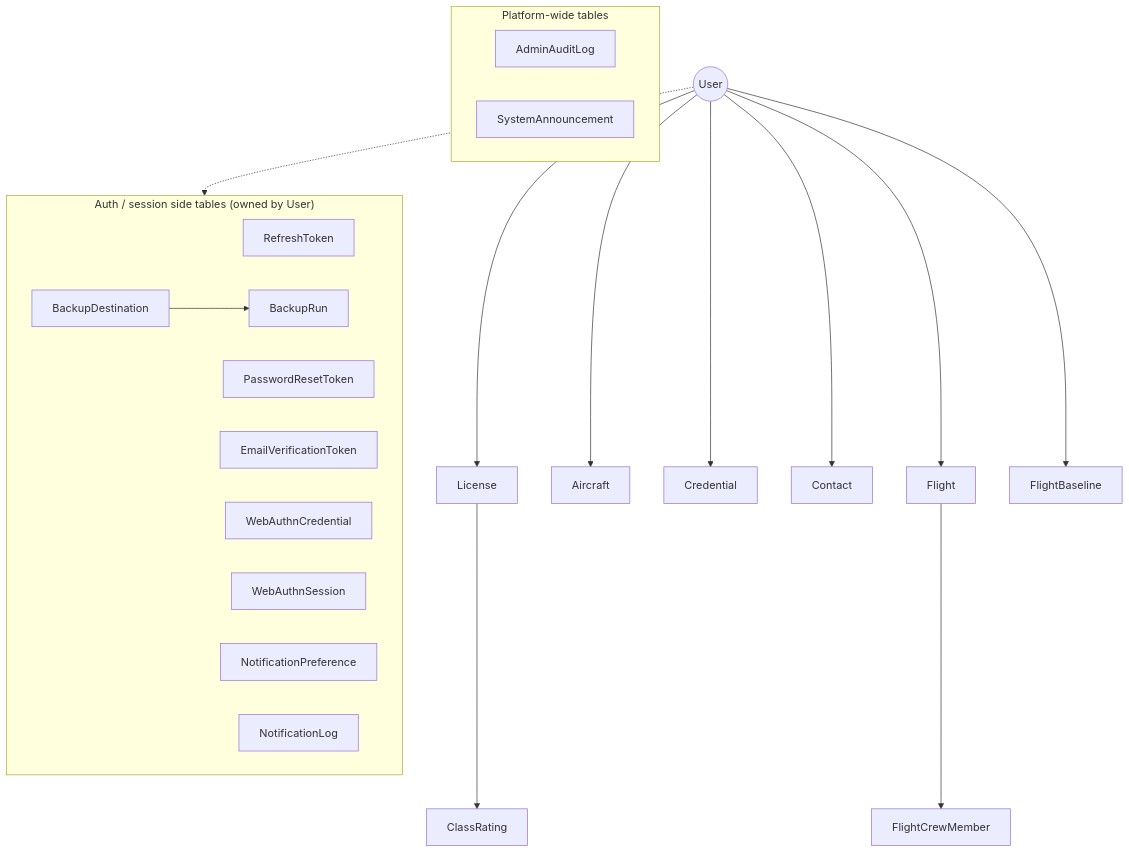
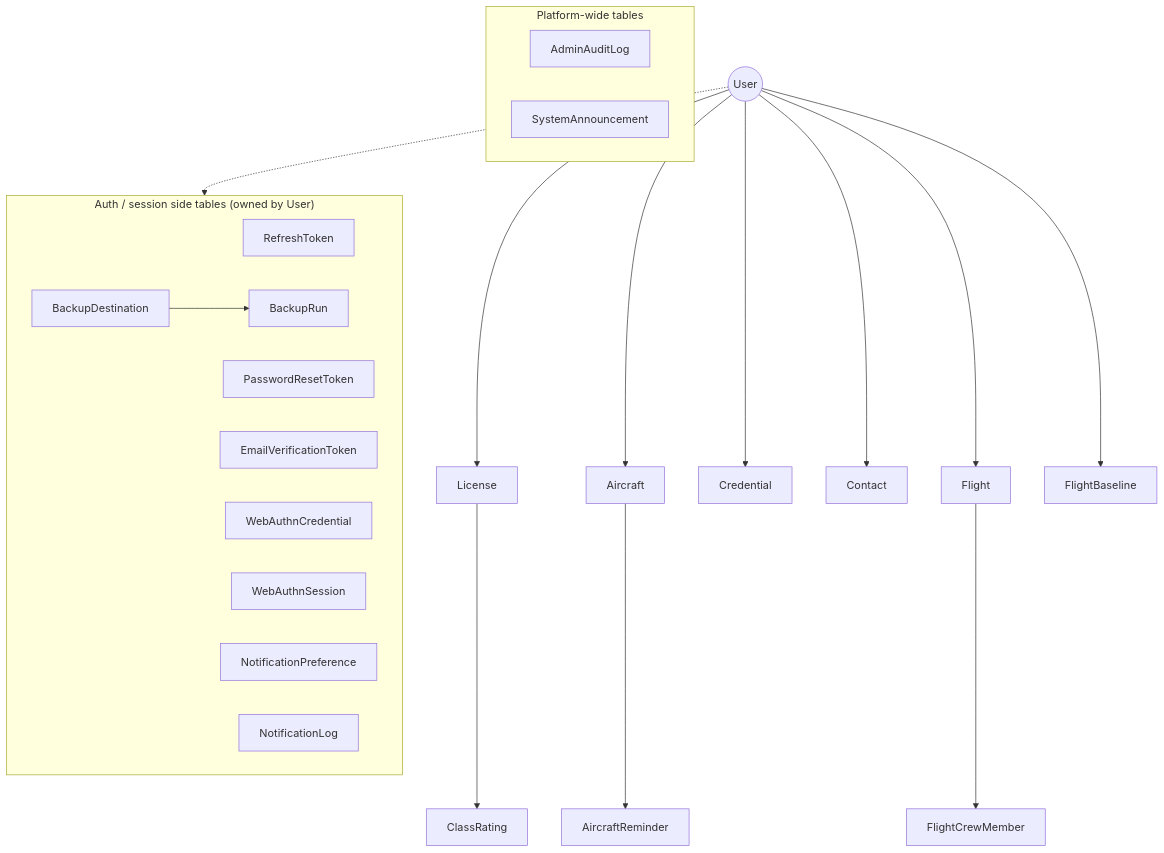
Before and after one commit to fjaeckel/ninerlog-api: the diagram in docs/DATA_MODEL.md, drawn with Mermaid. The commit also changed other lines of this file and 43 other files, not shown here.

````diff
--- a/docs/DATA_MODEL.md
+++ b/docs/DATA_MODEL.md
@@ -13,32 +13,33 @@
 ```mermaid
 flowchart TD
     User((User))
     User --> License
     User --> Aircraft
+    Aircraft --> AircraftReminder
     User --> Credential
     User --> Contact
     User --> Flight
     User --> FlightBaseline
     License --> ClassRating
     Flight --> FlightCrewMember
 
     subgraph auth["Auth / session side tables (owned by User)"]
         direction LR
         RefreshToken
         PasswordResetToken
         EmailVerificationToken
         WebAuthnCredential
         WebAuthnSession
         NotificationPreference
         NotificationLog
         BackupDestination --> BackupRun
     end
 
     subgraph platform["Platform-wide tables"]
         direction LR
         AdminAuditLog
         SystemAnnouncement
     end
 
     User -.-> auth
 ```
````
